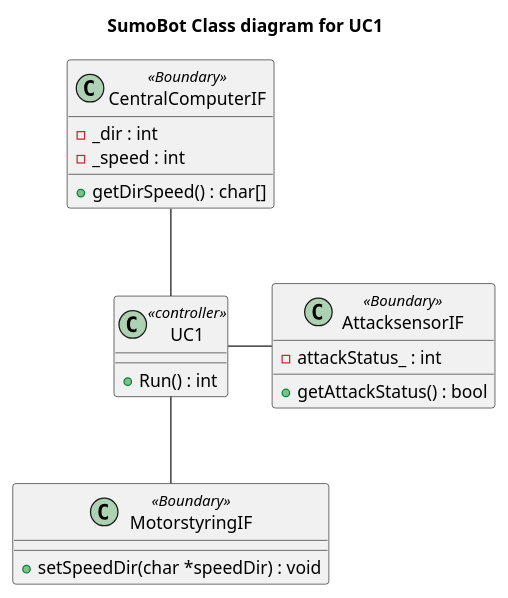
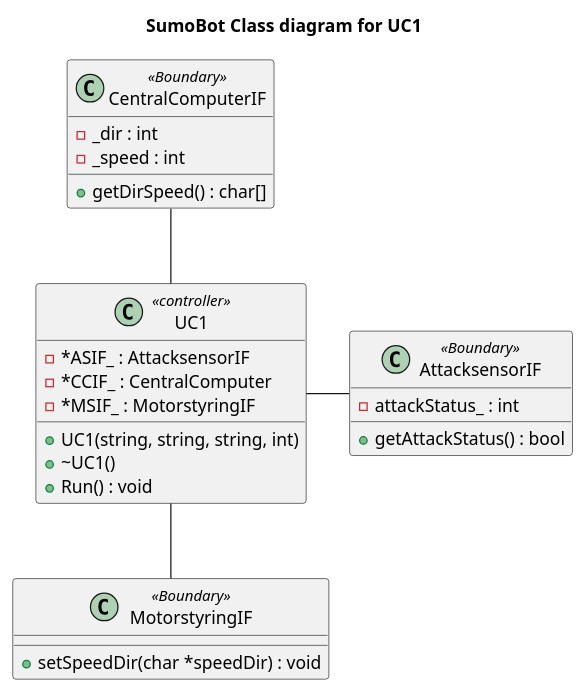
The diagram in Diagrammer/SumoBot/Classdiagram/SumoBot_ClassDiagram/SumoBot_ClassDiagram.plantuml (Solvgraa-mager/E3PRJ3), drawn with PlantUML before and after one commit. The commit also changed 9 other files, not shown here.

Commit message:
SumoBot SW update + class diagram

```diff
--- a/Diagrammer/SumoBot/Classdiagram/SumoBot_ClassDiagram/SumoBot_ClassDiagram.plantuml
+++ b/Diagrammer/SumoBot/Classdiagram/SumoBot_ClassDiagram/SumoBot_ClassDiagram.plantuml
@@ -1,27 +1,32 @@
 @startuml
 title SumoBot Class diagram for UC1
 
 
 class UC1 <<controller>>{
-    +Run() : int
+    -*ASIF_ : AttacksensorIF
+    -*CCIF_ : CentralComputer
+    -*MSIF_ : MotorstyringIF
+    +UC1(string, string, string, int)
+    +~UC1()
+    +Run() : void
 }
 
 class AttacksensorIF<<Boundary>>{
     -attackStatus_ : int
     +getAttackStatus() : bool 
 }
 
 class MotorstyringIF <<Boundary>>{
     +setSpeedDir(char *speedDir) : void
 }
 class CentralComputerIF <<Boundary>>{
     -_dir : int
     -_speed : int
     +getDirSpeed() : char[]
 }
 
 CentralComputerIF -- UC1
 UC1 -- MotorstyringIF
 UC1 - AttacksensorIF
 
 @enduml
```
